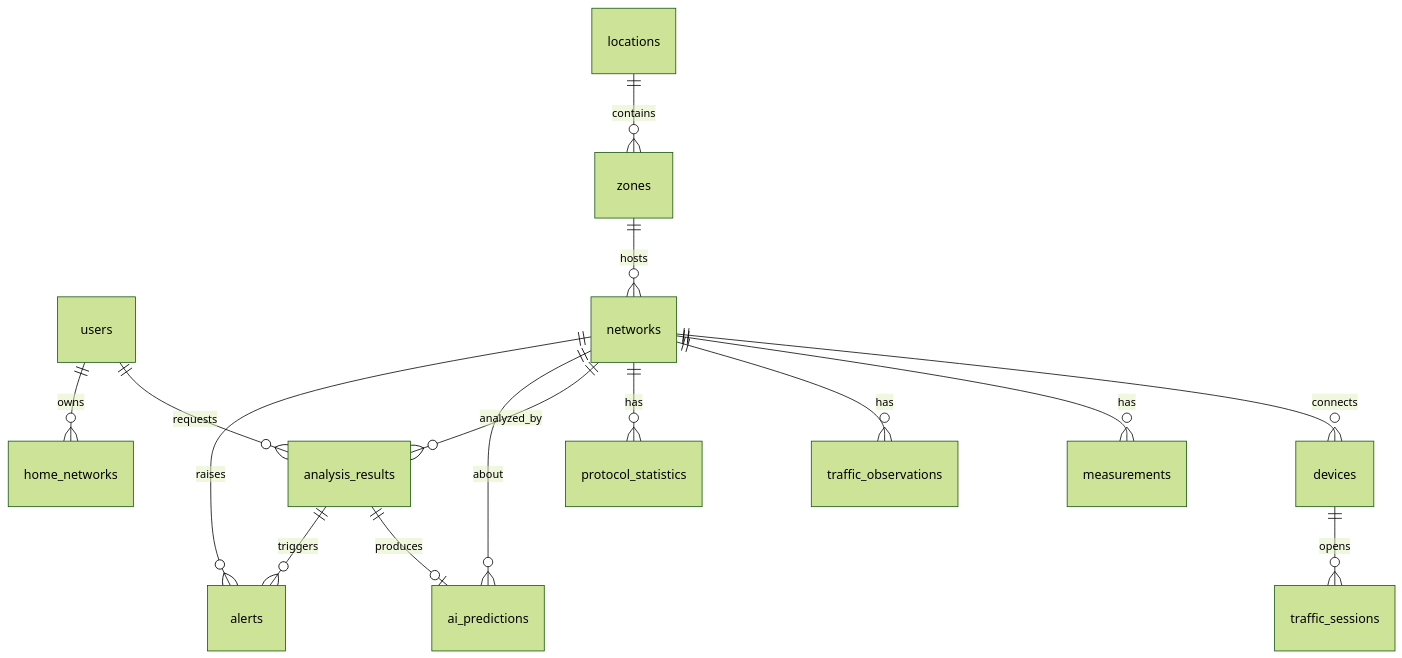
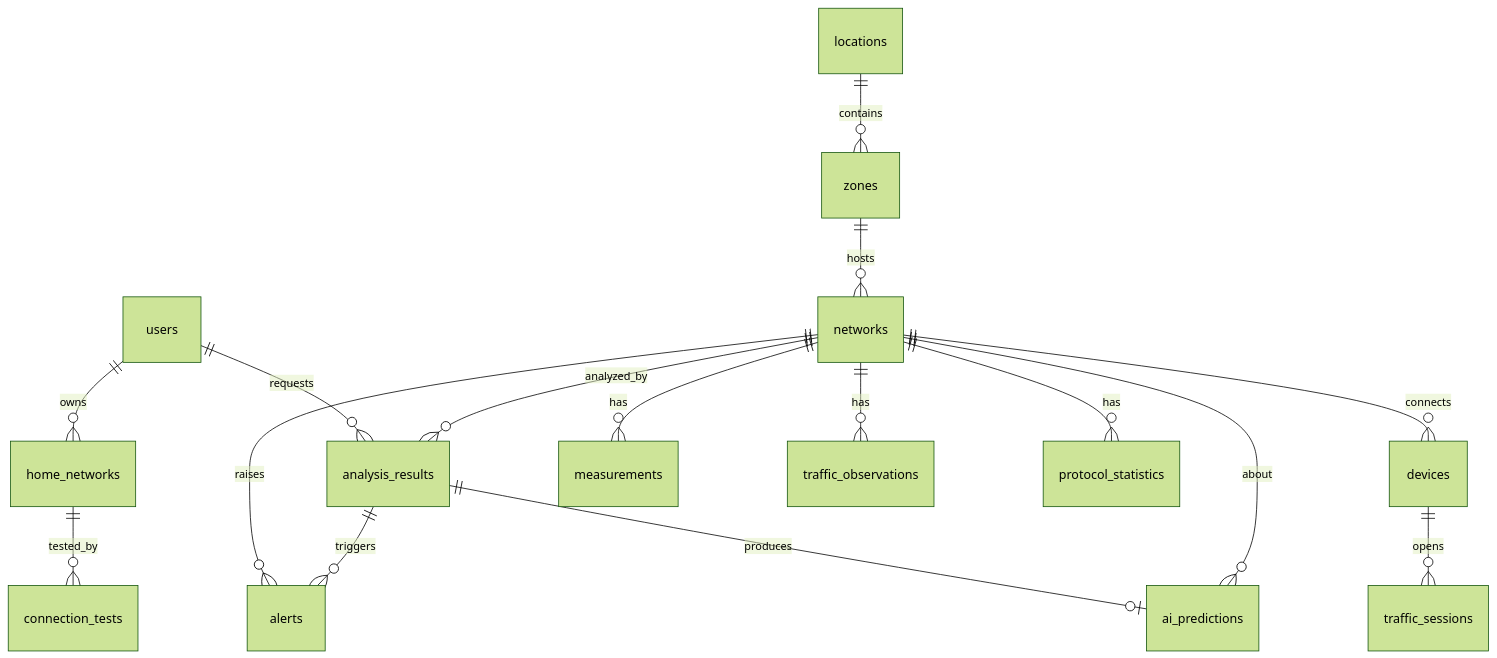
Before and after one commit to davidcampino06/Patrones_WiFi_db: the diagram in docs/schema.md, drawn with Mermaid (forest theme). The commit also changed other lines of this file, not shown here.

Commit message:
docs: document connection_tests and its index

````diff
--- a/docs/schema.md
+++ b/docs/schema.md
@@ -3,17 +3,18 @@
 ```mermaid
 erDiagram
     users ||--o{ analysis_results : requests
     users ||--o{ home_networks : owns
+    home_networks ||--o{ connection_tests : tested_by
     locations ||--o{ zones : contains
     zones ||--o{ networks : hosts
     networks ||--o{ devices : connects
     networks ||--o{ measurements : has
     networks ||--o{ traffic_observations : has
     networks ||--o{ protocol_statistics : has
     devices ||--o{ traffic_sessions : opens
     networks ||--o{ analysis_results : analyzed_by
     analysis_results ||--o| ai_predictions : produces
     networks ||--o{ ai_predictions : about
     networks ||--o{ alerts : raises
     analysis_results ||--o{ alerts : triggers
 ```
````
